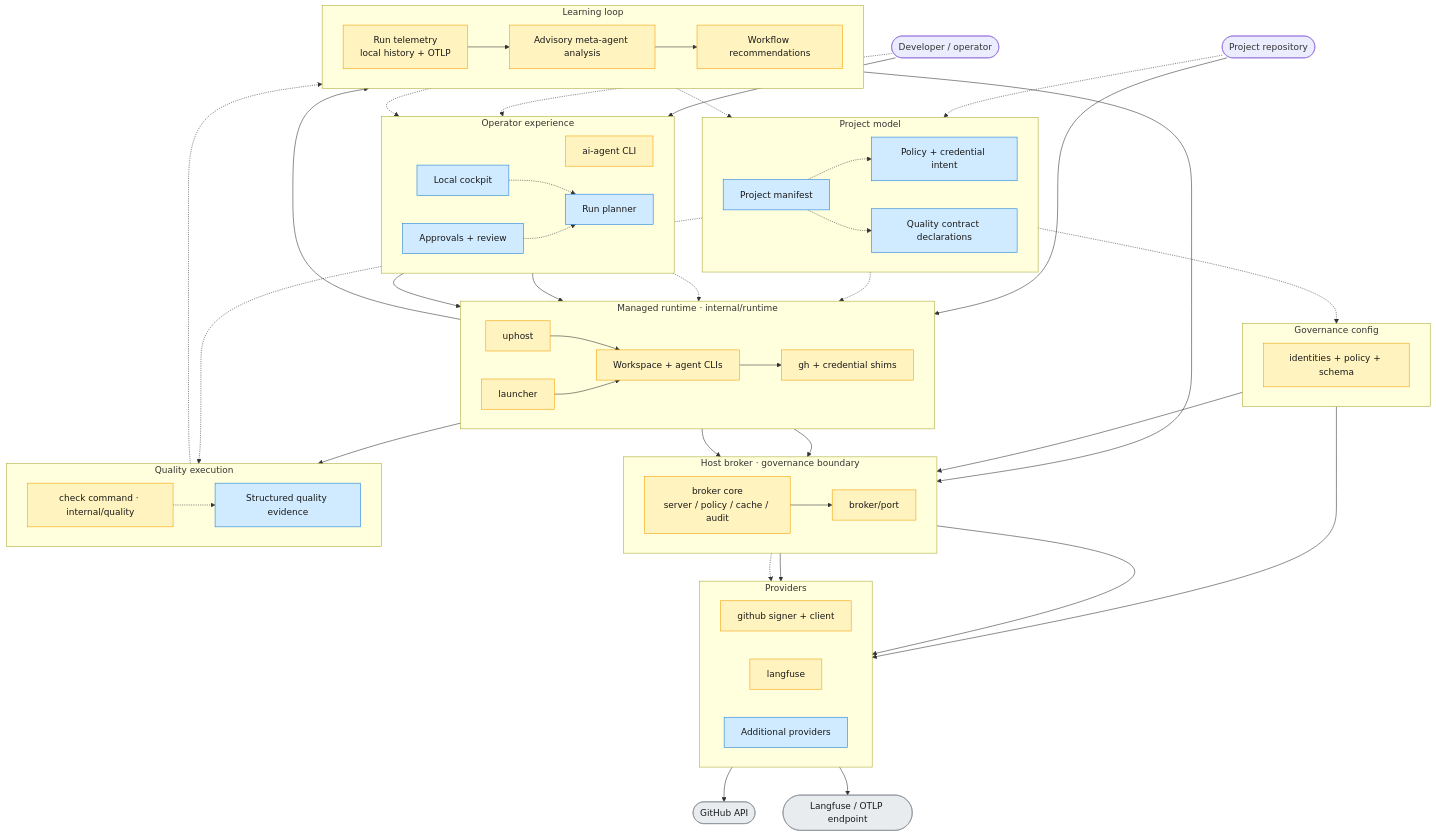
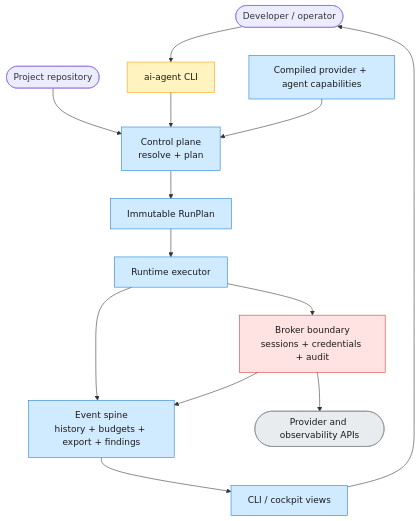
The second of 2 diagrams in docs/current-north-star-architecture.md (maryzam/ai-crew-localdev), drawn with Mermaid before and after one commit. The commit also changed other lines of this file, not shown here.

Commit message:
docs: define minimal north star control plane

````diff
--- a/docs/current-north-star-architecture.md
+++ b/docs/current-north-star-architecture.md
@@ -162,109 +162,35 @@
 flowchart TB
     Operator([Developer / operator])
     Project([Project repository])
+    CLI[ai-agent CLI]
+    Control[Control plane<br/>resolve + plan]
+    Plan[Immutable RunPlan]
+    Runtime[Runtime executor]
+    Broker[Broker boundary<br/>sessions + credentials + audit]
+    Events[Event spine<br/>history + budgets + export + findings]
+    Views[CLI / cockpit views]
+    Capabilities[Compiled provider + agent capabilities]
+    External([Provider and observability APIs])
 
-    subgraph Experience[Operator experience]
-        direction LR
-        CLIBin[ai-agent CLI]
-        Cockpit[Local cockpit]
-        Planner[Run planner]
-        Approvals[Approvals + review]
-    end
+    Operator --> CLI
+    Project --> Control
+    CLI --> Control
+    Capabilities --> Control
+    Control --> Plan
+    Plan --> Runtime
+    Runtime --> Broker
+    Broker --> External
+    Runtime --> Events
+    Broker --> Events
+    Events --> Views
+    Views --> Operator
 
-    subgraph ProjectModel[Project model]
-        direction LR
-        Manifest[Project manifest]
-        PolicyIntent[Policy + credential intent]
-        Contracts[Quality contract declarations]
-    end
-
-    subgraph Runtime[Managed runtime · internal/runtime]
-        direction LR
-        UpHost[uphost]
-        Launcher[launcher]
-        Workspace[Workspace + agent CLIs]
-        Shims[gh + credential shims]
-    end
-
-    subgraph Broker[Host broker · governance boundary]
-        direction LR
-        BrokerCore[broker core<br/>server / policy / cache / audit]
-        Port[broker/port]
-    end
-
-    subgraph Providers[Providers]
-        direction LR
-        GitHub[github signer + client]
-        Langfuse[langfuse]
-        MoreProviders[Additional providers]
-    end
-
-    subgraph Config[Governance config]
-        direction LR
-        Store[identities + policy + schema]
-    end
-
-    subgraph Quality[Quality execution]
-        direction LR
-        Checks[check command · internal/quality]
-        Evidence[Structured quality evidence]
-    end
-
-    subgraph Intelligence[Learning loop]
-        direction LR
-        Telemetry[Run telemetry<br/>local history + OTLP]
-        Meta[Advisory meta-agent analysis]
-        Guidance[Workflow recommendations]
-    end
-
-    ExtGitHub([GitHub API])
-    ExtLF([Langfuse / OTLP endpoint])
-
-    Operator --> CLIBin
-    Operator -.-> Cockpit
-    Cockpit -.-> Planner
-    Approvals -.-> Planner
-    Planner -.-> Launcher
-
-    Project --> UpHost
-    Project -.-> Manifest
-    Manifest -.-> PolicyIntent
-    Manifest -.-> Contracts
-    Manifest -.-> Workspace
-
-    CLIBin --> UpHost
-    CLIBin --> Launcher
-    UpHost --> Workspace
-    Launcher --> Workspace
-    Workspace --> Shims
-    Shims --> BrokerCore
-    Launcher --> BrokerCore
-
-    BrokerCore --> Port
-    Port --> GitHub
-    Port --> Langfuse
-    Port -.-> MoreProviders
-    GitHub --> ExtGitHub
-    Langfuse --> ExtLF
-    PolicyIntent -.-> Store
-    Store --> BrokerCore
-    Store --> GitHub
-
-    Workspace --> Checks
-    Contracts -.-> Checks
-    Checks -.-> Evidence
-    Launcher --> Telemetry
-    Evidence -.-> Telemetry
-    Telemetry --> BrokerCore
-    Telemetry --> Meta
-    Meta --> Guidance
-    Guidance -.-> Manifest
-    Guidance -.-> Cockpit
-
-    classDef current fill:#fff3bf,stroke:#f59f00,color:#1a1a1a
-    classDef planned fill:#d0ebff,stroke:#1c7ed6,color:#1a1a1a
+    classDef entry fill:#fff3bf,stroke:#f59f00,color:#1a1a1a
+    classDef core fill:#d0ebff,stroke:#1c7ed6,color:#1a1a1a
+    classDef secure fill:#ffe3e3,stroke:#e03131,color:#1a1a1a
     classDef ext fill:#e9ecef,stroke:#868e96,color:#1a1a1a
-    class CLIBin,UpHost,Launcher,Workspace,Shims,BrokerCore,Port,GitHub,Langfuse,Store,Checks,Telemetry,Meta,Guidance current
-    class Cockpit,Planner,Approvals,Manifest,PolicyIntent,Contracts,MoreProviders,Evidence planned
-    class ExtGitHub,ExtLF ext
+    class CLI entry
+    class Control,Plan,Runtime,Events,Views,Capabilities core
+    class Broker secure
+    class External ext
 ```
````
